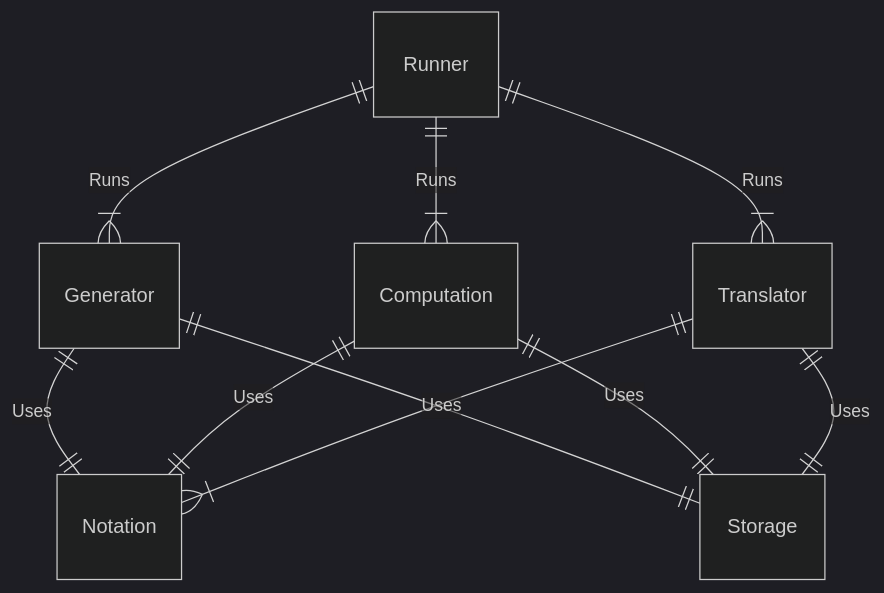
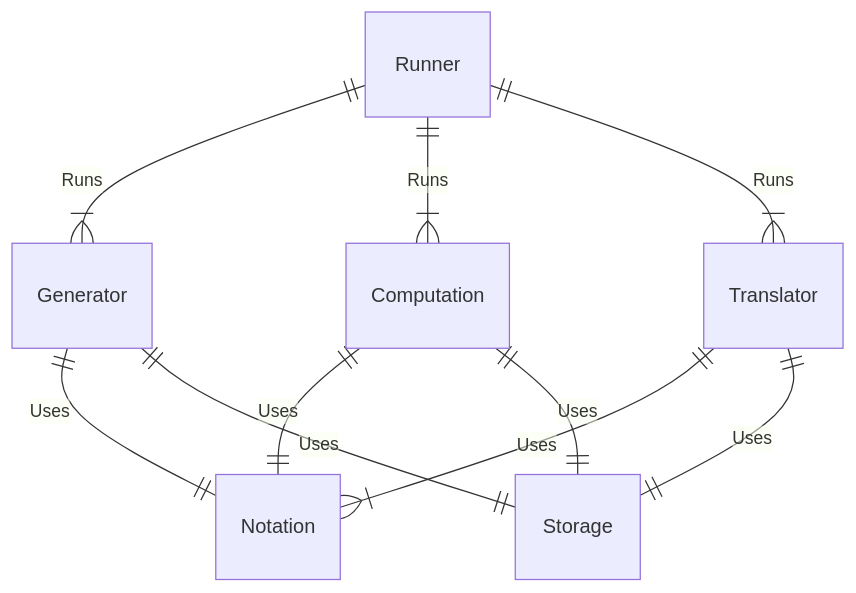
The second of 4 diagrams in content/slides/Lightning.md (Joecstarr/joe-starr.com), drawn with Mermaid before and after one commit. The commit also changed other lines of this file and 9 other files, not shown here.

````diff
--- a/content/slides/Lightning.md
+++ b/content/slides/Lightning.md
@@ -23,13 +50,13 @@
 ```mermaid
-%%{init: {'theme':'dark'}}%%
+%%{init: { 'logLevel': 'debug'} }%%
 erDiagram
     Runner ||--|{ Generator : Runs
     Runner ||--|{ Computation : Runs
     Runner ||--|{ Translator : Runs
-        Generator ||--||Notation : Uses
-        Computation ||--||Notation : Uses
-        Translator ||--|{ Notation : ""
-        Generator ||--||Storage : Uses
-        Computation||--||Storage : Uses
-        Translator ||--|| Storage : Uses
+    Translator ||--|{ Notation : Uses
+    Generator ||--||Notation : Uses
+    Computation ||--||Notation : Uses
+    Generator ||--||Storage : Uses
+    Computation||--||Storage : Uses
+    Translator ||--|| Storage : Uses
 ```
````
